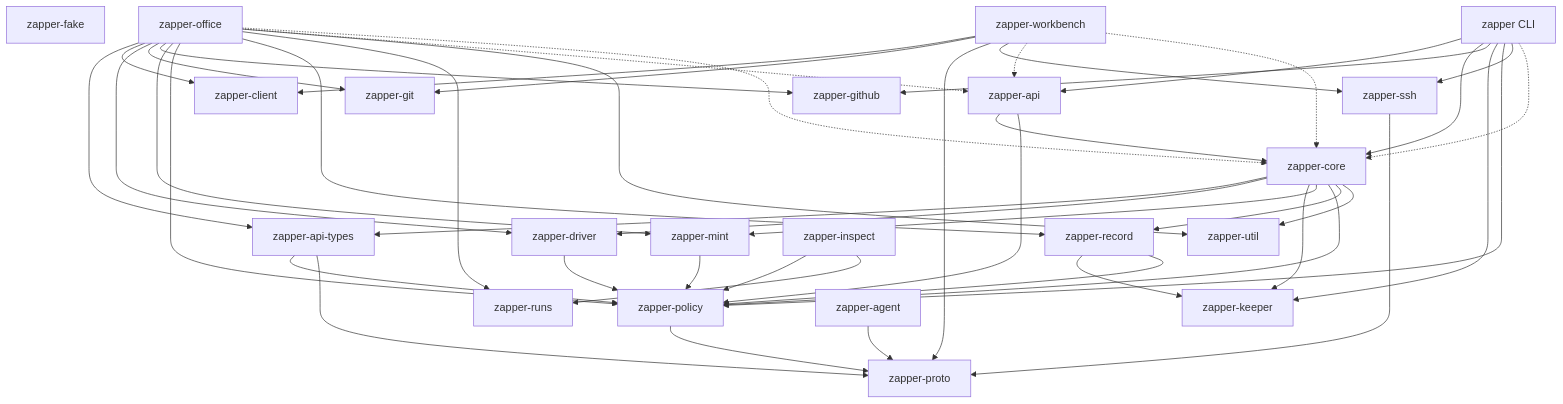
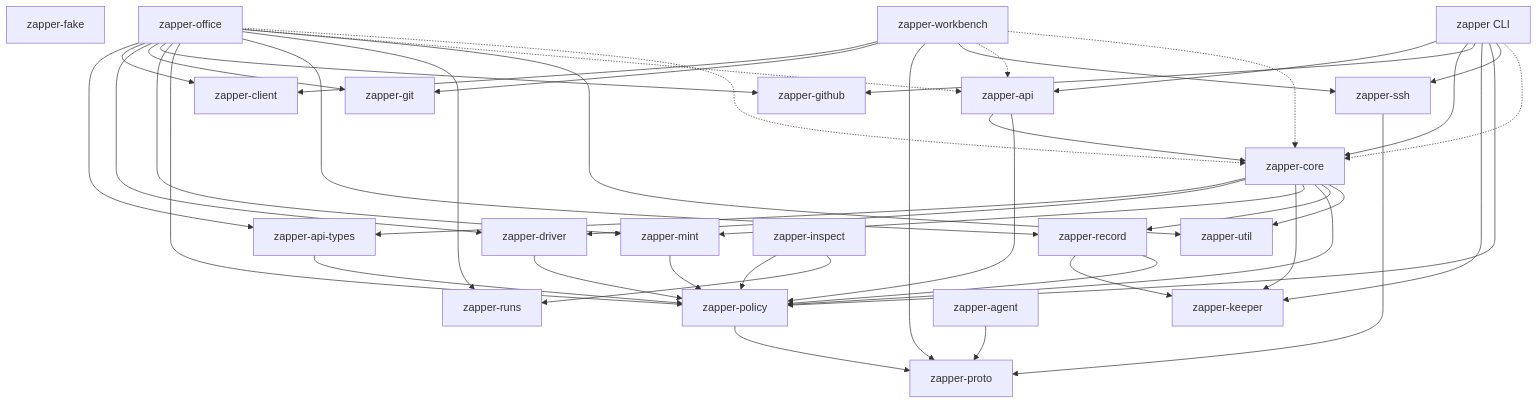
Before and after one commit to mr-miles/zapper: the diagram in docs/crate-dependencies.md, drawn with Mermaid. The commit also changed other lines of this file and 4 other files, not shown here.

````diff
--- a/docs/crate-dependencies.md
+++ b/docs/crate-dependencies.md
@@ -5,70 +5,69 @@
 ```mermaid
 graph TD
     %% ---- leaves (no workspace deps) ----
     proto[zapper-proto]
     util[zapper-util]
     client[zapper-client]
     keeper[zapper-keeper]
     runs[zapper-runs]
     git[zapper-git]
     github[zapper-github]
     fake[zapper-fake]
 
     %% ---- layer 1 ----
     policy[zapper-policy] --> proto
     ssh[zapper-ssh] --> proto
     agent[zapper-agent] --> proto
 
     %% ---- layer 2 ----
     driver[zapper-driver] --> policy
     mint[zapper-mint] --> policy
     apitypes[zapper-api-types] --> policy
-    apitypes --> proto
     record[zapper-record] --> keeper
     record --> policy
     inspect[zapper-inspect] --> policy
     inspect --> runs
 
     %% ---- layer 3: the daemon ----
     core[zapper-core] --> apitypes
     core --> driver
     core --> keeper
     core --> mint
     core --> policy
     core --> record
     core --> util
 
     %% ---- layer 4: REST/UI over Core ----
     api[zapper-api] --> core
     api --> policy
 
     %% ---- layer 5: client layers ----
     office[zapper-office] --> apitypes
     office --> client
     office --> driver
     office --> git
     office --> github
     office --> mint
     office --> policy
     office --> record
     office --> runs
     office --> util
     office -.-> api
     office -.-> core
 
     workbench[zapper-workbench] --> client
     workbench --> git
     workbench --> proto
     workbench --> ssh
     workbench -.-> api
     workbench -.-> core
 
     %% ---- layer 6: composition root ----
     zapper[zapper CLI] --> api
     zapper --> core
     zapper --> github
     zapper --> keeper
     zapper --> policy
     zapper --> ssh
     zapper -.-> core
 ```
````
